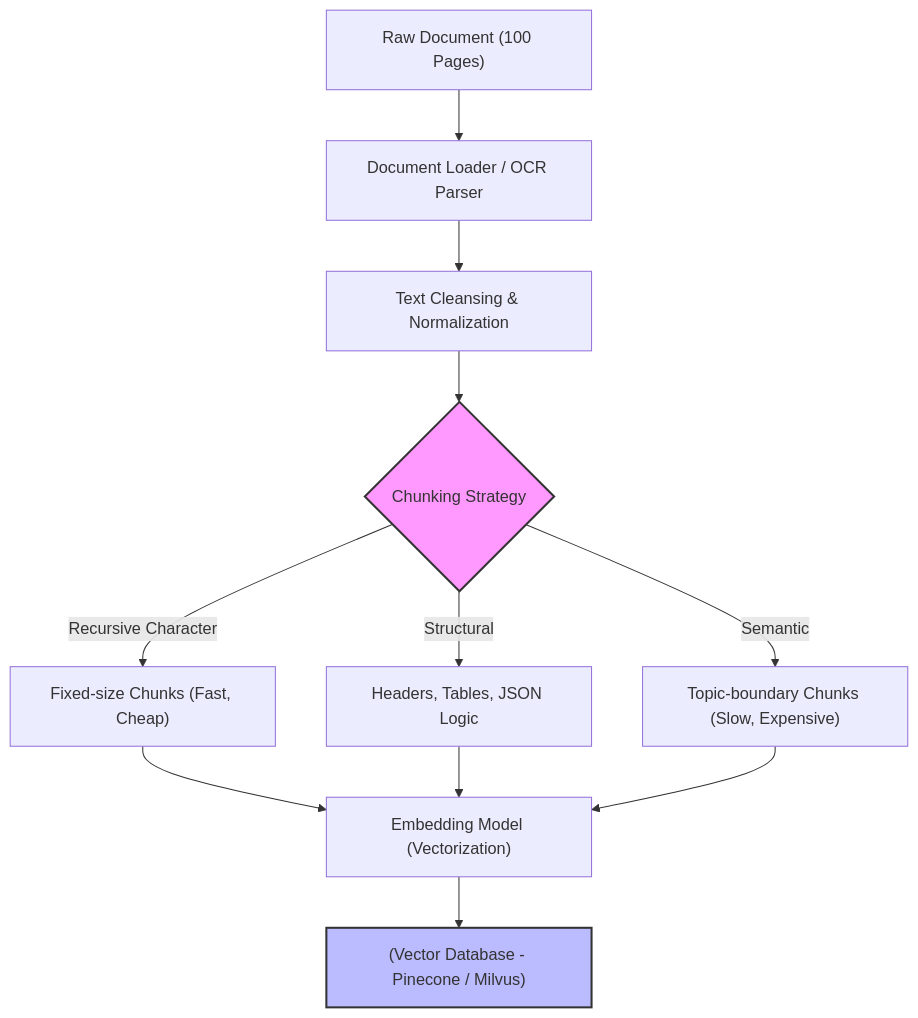
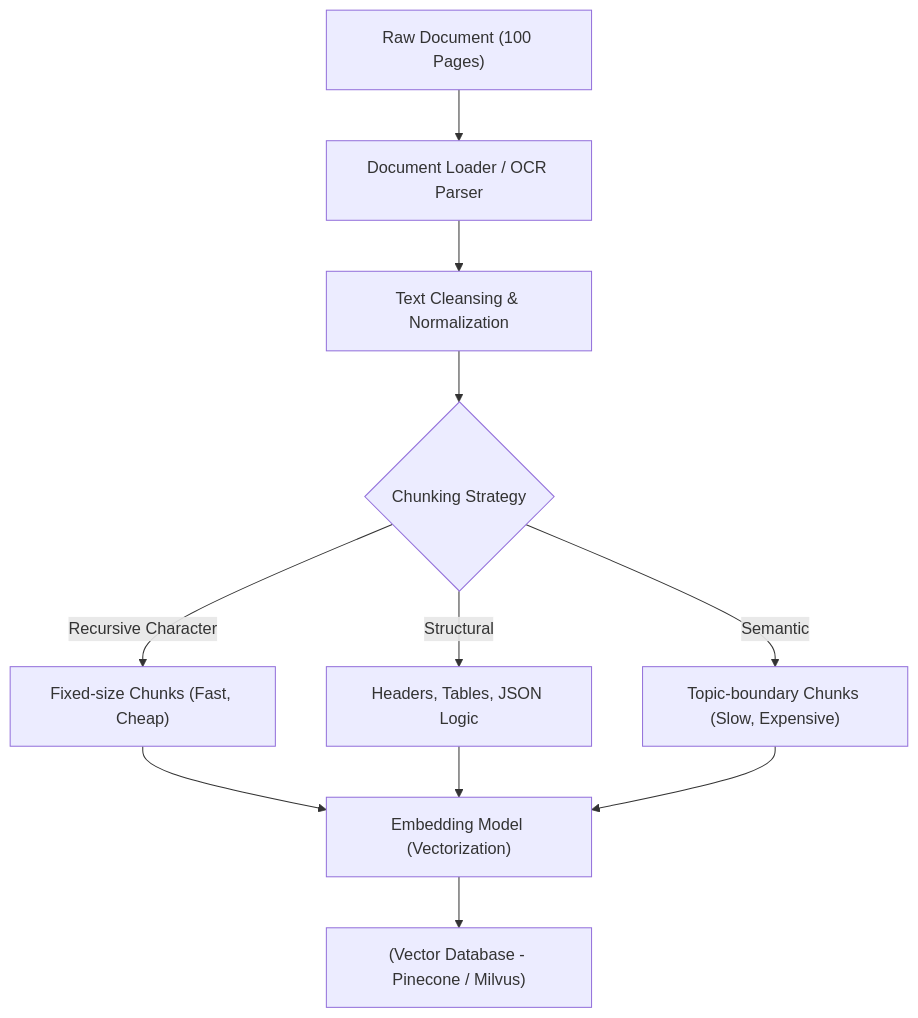
The diagram in src/content/docs/concepts/9-genai-machine-learning/chunking.md (kythuatdulieu/kythuatdulieu.github.io), drawn with Mermaid before and after one commit. The commit also changed 686 other files, not shown here.

````diff
--- a/src/content/docs/concepts/9-genai-machine-learning/chunking.md
+++ b/src/content/docs/concepts/9-genai-machine-learning/chunking.md
@@ -31,18 +31,17 @@
 ```mermaid
 graph TD
     A["Raw Document (100 Pages)"] --> B["Document Loader / OCR Parser"]
     B --> C["Text Cleansing & Normalization"]
     C --> D{"Chunking Strategy"}
     D -->|Recursive Character| E["Fixed-size Chunks (Fast, Cheap)"]
     D -->|Structural| F["Headers, Tables, JSON Logic"]
     D -->|Semantic| G["Topic-boundary Chunks (Slow, Expensive)"]
     
     E --> H["Embedding Model (Vectorization)"]
     F --> H
     G --> H
     
     H --> I["(Vector Database - Pinecone / Milvus)"]
-    
-    style D fill:#f9f,stroke:#333,stroke-width:2px
-    style I fill:#bbf,stroke:#333,stroke-width:2px
+
+
 ```
````
